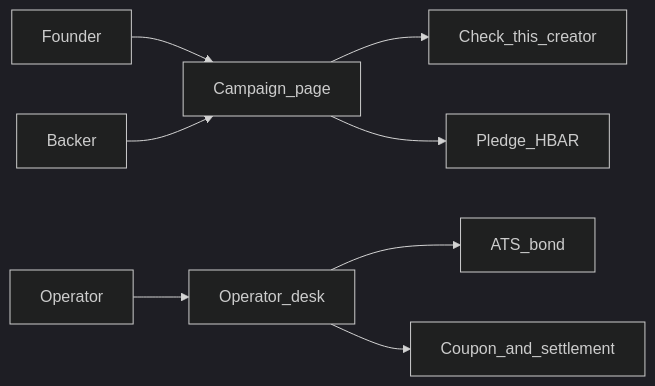
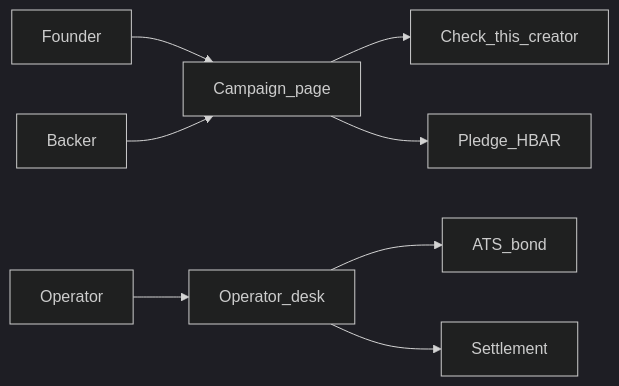
One commit to yabuking84/zikibols changed the first of 4 diagrams in docs/readme-flow.md. Above: the diagram before and after it, drawn with Mermaid (dark theme). The commit also changed other lines of this file and 3 other files, not shown here.

````diff
--- a/docs/readme-flow.md
+++ b/docs/readme-flow.md
@@ -15,10 +15,10 @@
 ```mermaid
 flowchart LR
   founder[Founder] --> listing[Campaign_page]
   backer[Backer] --> listing
   listing --> check[Check_this_creator]
   listing --> pledge[Pledge_HBAR]
   operator[Operator] --> desk[Operator_desk]
   desk --> bond[ATS_bond]
-  desk --> pay[Coupon_and_settlement]
+  desk --> pay[Settlement]
 ```
````
